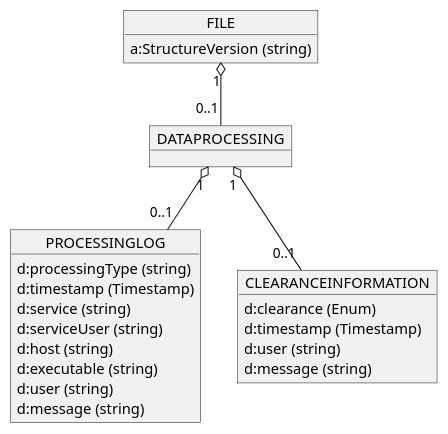
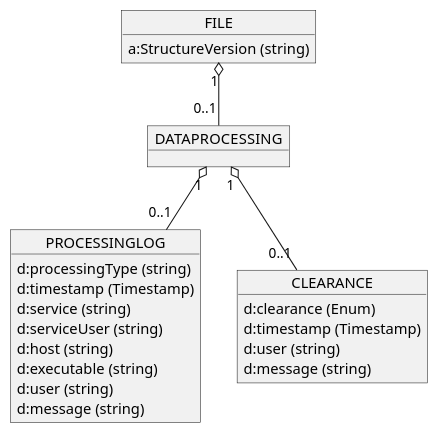
The fourth of 13 diagrams in images/rcm-dx-images.puml (OpenRailAssociation/rcm-dx), drawn with PlantUML before and after one commit. The commit also changed other lines of this file and 17 other files, not shown here.

```diff
--- a/images/rcm-dx-images.puml
+++ b/images/rcm-dx-images.puml
@@ -114,30 +96,30 @@
 @startuml rcmdx_file_group
 
   object FILE {
     a:StructureVersion (string)
   }
 
   object DATAPROCESSING {
   }
   FILE "1" o-- "0..1" DATAPROCESSING
 
   object PROCESSINGLOG {
     d:processingType (string)
     d:timestamp (Timestamp)
     d:service (string)
     d:serviceUser (string)
     d:host (string)
     d:executable (string)
     d:user (string)
     d:message (string)
   }
   DATAPROCESSING "1" o-- "0..1" PROCESSINGLOG
 
-  object CLEARANCEINFORMATION {
+  object CLEARANCE {
     d:clearance (Enum)
     d:timestamp (Timestamp)
     d:user (string)
     d:message (string)
   }
-  DATAPROCESSING "1" o-- "0..1" CLEARANCEINFORMATION
+  DATAPROCESSING "1" o-- "0..1" CLEARANCE
 @enduml
```
